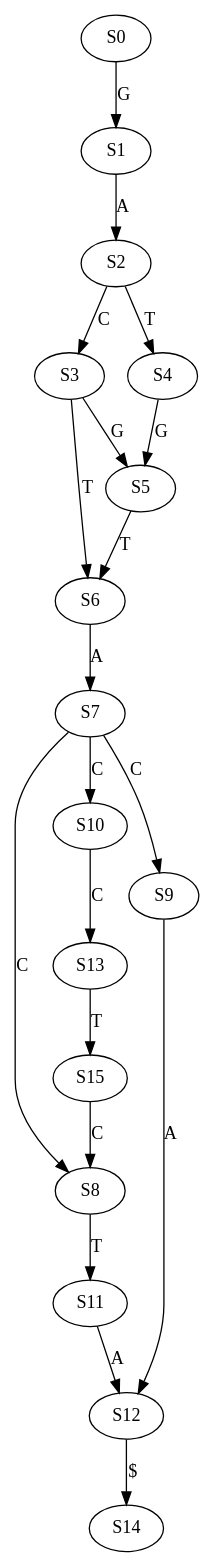
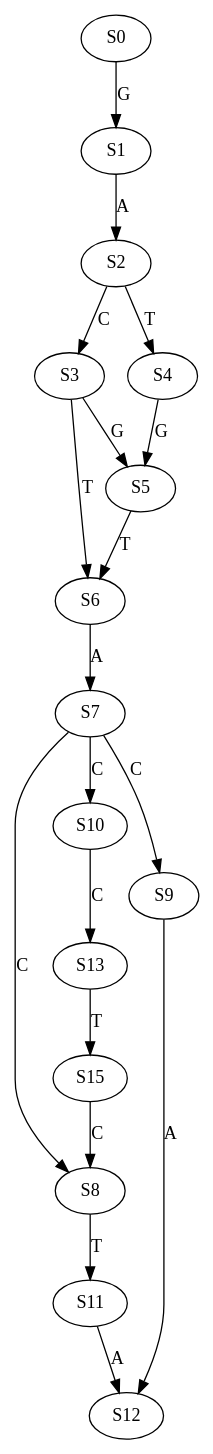
The diagram in graph/RevDetGraph/RevDet_a4.dot (Kuanhao-Chao/Wheeler_Graph_Toolkit), drawn with Graphviz before and after one commit. The commit also changed 33 other files, not shown here.

Commit message:
Fix Wheeler graph missing conditions: need to check all edge pairs in both directions

```diff
--- a/graph/RevDetGraph/RevDet_a4.dot
+++ b/graph/RevDetGraph/RevDet_a4.dot
@@ -1,21 +1,20 @@
 strict digraph  {
 	S0 -> S1 [ label = G ];
 	S1 -> S2 [ label = A ];
 	S2 -> S3 [ label = C ];
 	S2 -> S4 [ label = T ];
 	S3 -> S5 [ label = G ];
 	S3 -> S6 [ label = T ];
 	S4 -> S5 [ label = G ];
 	S5 -> S6 [ label = T ];
 	S6 -> S7 [ label = A ];
 	S7 -> S8 [ label = C ];
 	S7 -> S9 [ label = C ];
 	S7 -> S10 [ label = C ];
 	S8 -> S11 [ label = T ];
 	S9 -> S12 [ label = A ];
 	S10 -> S13 [ label = C ];
 	S11 -> S12 [ label = A ];
-	S12 -> S14 [ label = "$" ];
 	S13 -> S15 [ label = T ];
 	S15 -> S8 [ label = C ];
 }
```
